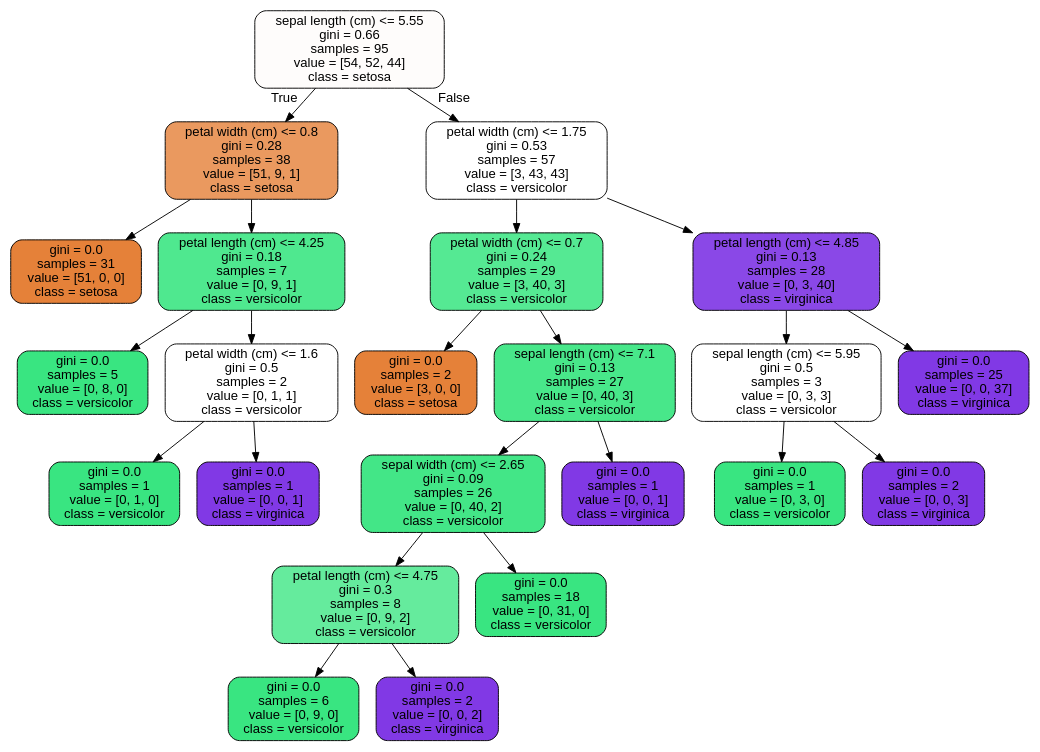
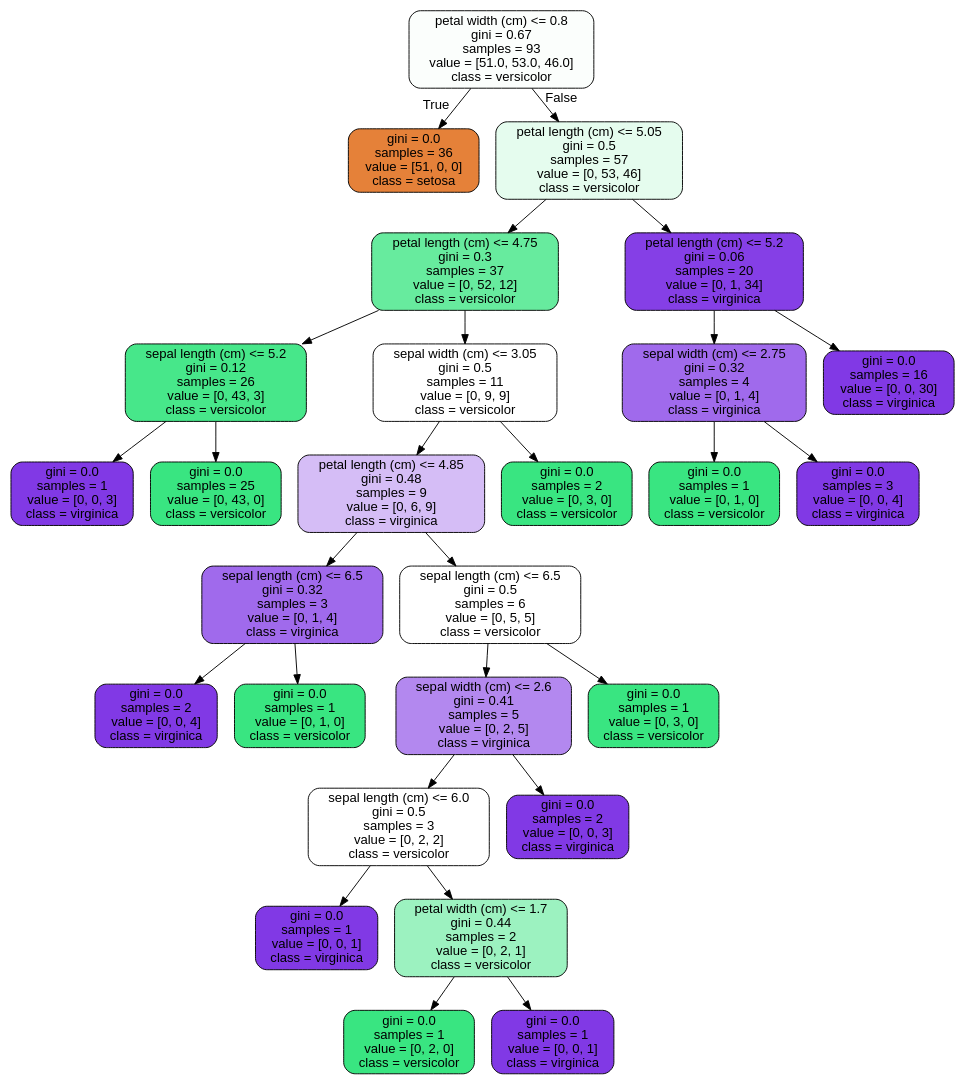
One commit to amschiltz/springboard_projects changed the diagram in RandomForest Covid Case Study/tree.dot. Above: the diagram before and after it, drawn with Graphviz. The commit also changed 2 other files, not shown here.

```diff
--- a/RandomForest Covid Case Study/tree.dot
+++ b/RandomForest Covid Case Study/tree.dot
@@ -1,49 +1,57 @@
 digraph Tree {
 node [shape=box, style="filled, rounded", color="black", fontname="helvetica"] ;
 edge [fontname="helvetica"] ;
-0 [label="sepal length (cm) <= 5.55\ngini = 0.66\nsamples = 95\nvalue = [54, 52, 44]\nclass = setosa", fillcolor="#fefcfb"] ;
-1 [label="petal width (cm) <= 0.8\ngini = 0.28\nsamples = 38\nvalue = [51, 9, 1]\nclass = setosa", fillcolor="#ea995f"] ;
+0 [label="petal width (cm) <= 0.8\ngini = 0.67\nsamples = 93\nvalue = [51.0, 53.0, 46.0]\nclass = versicolor", fillcolor="#fbfefc"] ;
+1 [label="gini = 0.0\nsamples = 36\nvalue = [51, 0, 0]\nclass = setosa", fillcolor="#e58139"] ;
 0 -> 1 [labeldistance=2.5, labelangle=45, headlabel="True"] ;
-2 [label="gini = 0.0\nsamples = 31\nvalue = [51, 0, 0]\nclass = setosa", fillcolor="#e58139"] ;
-1 -> 2 ;
-3 [label="petal length (cm) <= 4.25\ngini = 0.18\nsamples = 7\nvalue = [0, 9, 1]\nclass = versicolor", fillcolor="#4fe88f"] ;
-1 -> 3 ;
-4 [label="gini = 0.0\nsamples = 5\nvalue = [0, 8, 0]\nclass = versicolor", fillcolor="#39e581"] ;
+2 [label="petal length (cm) <= 5.05\ngini = 0.5\nsamples = 57\nvalue = [0, 53, 46]\nclass = versicolor", fillcolor="#e5fcee"] ;
+0 -> 2 [labeldistance=2.5, labelangle=-45, headlabel="False"] ;
+3 [label="petal length (cm) <= 4.75\ngini = 0.3\nsamples = 37\nvalue = [0, 52, 12]\nclass = versicolor", fillcolor="#67eb9e"] ;
+2 -> 3 ;
+4 [label="sepal length (cm) <= 5.2\ngini = 0.12\nsamples = 26\nvalue = [0, 43, 3]\nclass = versicolor", fillcolor="#47e78a"] ;
 3 -> 4 ;
-5 [label="petal width (cm) <= 1.6\ngini = 0.5\nsamples = 2\nvalue = [0, 1, 1]\nclass = versicolor", fillcolor="#ffffff"] ;
-3 -> 5 ;
-6 [label="gini = 0.0\nsamples = 1\nvalue = [0, 1, 0]\nclass = versicolor", fillcolor="#39e581"] ;
-5 -> 6 ;
-7 [label="gini = 0.0\nsamples = 1\nvalue = [0, 0, 1]\nclass = virginica", fillcolor="#8139e5"] ;
-5 -> 7 ;
-8 [label="petal width (cm) <= 1.75\ngini = 0.53\nsamples = 57\nvalue = [3, 43, 43]\nclass = versicolor", fillcolor="#ffffff"] ;
-0 -> 8 [labeldistance=2.5, labelangle=-45, headlabel="False"] ;
-9 [label="petal width (cm) <= 0.7\ngini = 0.24\nsamples = 29\nvalue = [3, 40, 3]\nclass = versicolor", fillcolor="#55e993"] ;
+5 [label="gini = 0.0\nsamples = 1\nvalue = [0, 0, 3]\nclass = virginica", fillcolor="#8139e5"] ;
+4 -> 5 ;
+6 [label="gini = 0.0\nsamples = 25\nvalue = [0, 43, 0]\nclass = versicolor", fillcolor="#39e581"] ;
+4 -> 6 ;
+7 [label="sepal width (cm) <= 3.05\ngini = 0.5\nsamples = 11\nvalue = [0, 9, 9]\nclass = versicolor", fillcolor="#ffffff"] ;
+3 -> 7 ;
+8 [label="petal length (cm) <= 4.85\ngini = 0.48\nsamples = 9\nvalue = [0, 6, 9]\nclass = virginica", fillcolor="#d5bdf6"] ;
+7 -> 8 ;
+9 [label="sepal length (cm) <= 6.5\ngini = 0.32\nsamples = 3\nvalue = [0, 1, 4]\nclass = virginica", fillcolor="#a06aec"] ;
 8 -> 9 ;
-10 [label="gini = 0.0\nsamples = 2\nvalue = [3, 0, 0]\nclass = setosa", fillcolor="#e58139"] ;
+10 [label="gini = 0.0\nsamples = 2\nvalue = [0, 0, 4]\nclass = virginica", fillcolor="#8139e5"] ;
 9 -> 10 ;
-11 [label="sepal length (cm) <= 7.1\ngini = 0.13\nsamples = 27\nvalue = [0, 40, 3]\nclass = versicolor", fillcolor="#48e78a"] ;
+11 [label="gini = 0.0\nsamples = 1\nvalue = [0, 1, 0]\nclass = versicolor", fillcolor="#39e581"] ;
 9 -> 11 ;
-12 [label="sepal width (cm) <= 2.65\ngini = 0.09\nsamples = 26\nvalue = [0, 40, 2]\nclass = versicolor", fillcolor="#43e687"] ;
-11 -> 12 ;
-13 [label="petal length (cm) <= 4.75\ngini = 0.3\nsamples = 8\nvalue = [0, 9, 2]\nclass = versicolor", fillcolor="#65eb9d"] ;
+12 [label="sepal length (cm) <= 6.5\ngini = 0.5\nsamples = 6\nvalue = [0, 5, 5]\nclass = versicolor", fillcolor="#ffffff"] ;
+8 -> 12 ;
+13 [label="sepal width (cm) <= 2.6\ngini = 0.41\nsamples = 5\nvalue = [0, 2, 5]\nclass = virginica", fillcolor="#b388ef"] ;
 12 -> 13 ;
-14 [label="gini = 0.0\nsamples = 6\nvalue = [0, 9, 0]\nclass = versicolor", fillcolor="#39e581"] ;
+14 [label="sepal length (cm) <= 6.0\ngini = 0.5\nsamples = 3\nvalue = [0, 2, 2]\nclass = versicolor", fillcolor="#ffffff"] ;
 13 -> 14 ;
-15 [label="gini = 0.0\nsamples = 2\nvalue = [0, 0, 2]\nclass = virginica", fillcolor="#8139e5"] ;
-13 -> 15 ;
-16 [label="gini = 0.0\nsamples = 18\nvalue = [0, 31, 0]\nclass = versicolor", fillcolor="#39e581"] ;
-12 -> 16 ;
-17 [label="gini = 0.0\nsamples = 1\nvalue = [0, 0, 1]\nclass = virginica", fillcolor="#8139e5"] ;
-11 -> 17 ;
-18 [label="petal length (cm) <= 4.85\ngini = 0.13\nsamples = 28\nvalue = [0, 3, 40]\nclass = virginica", fillcolor="#8a48e7"] ;
-8 -> 18 ;
-19 [label="sepal length (cm) <= 5.95\ngini = 0.5\nsamples = 3\nvalue = [0, 3, 3]\nclass = versicolor", fillcolor="#ffffff"] ;
-18 -> 19 ;
+15 [label="gini = 0.0\nsamples = 1\nvalue = [0, 0, 1]\nclass = virginica", fillcolor="#8139e5"] ;
+14 -> 15 ;
+16 [label="petal width (cm) <= 1.7\ngini = 0.44\nsamples = 2\nvalue = [0, 2, 1]\nclass = versicolor", fillcolor="#9cf2c0"] ;
+14 -> 16 ;
+17 [label="gini = 0.0\nsamples = 1\nvalue = [0, 2, 0]\nclass = versicolor", fillcolor="#39e581"] ;
+16 -> 17 ;
+18 [label="gini = 0.0\nsamples = 1\nvalue = [0, 0, 1]\nclass = virginica", fillcolor="#8139e5"] ;
+16 -> 18 ;
+19 [label="gini = 0.0\nsamples = 2\nvalue = [0, 0, 3]\nclass = virginica", fillcolor="#8139e5"] ;
+13 -> 19 ;
 20 [label="gini = 0.0\nsamples = 1\nvalue = [0, 3, 0]\nclass = versicolor", fillcolor="#39e581"] ;
-19 -> 20 ;
-21 [label="gini = 0.0\nsamples = 2\nvalue = [0, 0, 3]\nclass = virginica", fillcolor="#8139e5"] ;
-19 -> 21 ;
-22 [label="gini = 0.0\nsamples = 25\nvalue = [0, 0, 37]\nclass = virginica", fillcolor="#8139e5"] ;
-18 -> 22 ;
+12 -> 20 ;
+21 [label="gini = 0.0\nsamples = 2\nvalue = [0, 3, 0]\nclass = versicolor", fillcolor="#39e581"] ;
+7 -> 21 ;
+22 [label="petal length (cm) <= 5.2\ngini = 0.06\nsamples = 20\nvalue = [0, 1, 34]\nclass = virginica", fillcolor="#853fe6"] ;
+2 -> 22 ;
+23 [label="sepal width (cm) <= 2.75\ngini = 0.32\nsamples = 4\nvalue = [0, 1, 4]\nclass = virginica", fillcolor="#a06aec"] ;
+22 -> 23 ;
+24 [label="gini = 0.0\nsamples = 1\nvalue = [0, 1, 0]\nclass = versicolor", fillcolor="#39e581"] ;
+23 -> 24 ;
+25 [label="gini = 0.0\nsamples = 3\nvalue = [0, 0, 4]\nclass = virginica", fillcolor="#8139e5"] ;
+23 -> 25 ;
+26 [label="gini = 0.0\nsamples = 16\nvalue = [0, 0, 30]\nclass = virginica", fillcolor="#8139e5"] ;
+22 -> 26 ;
 }
```
